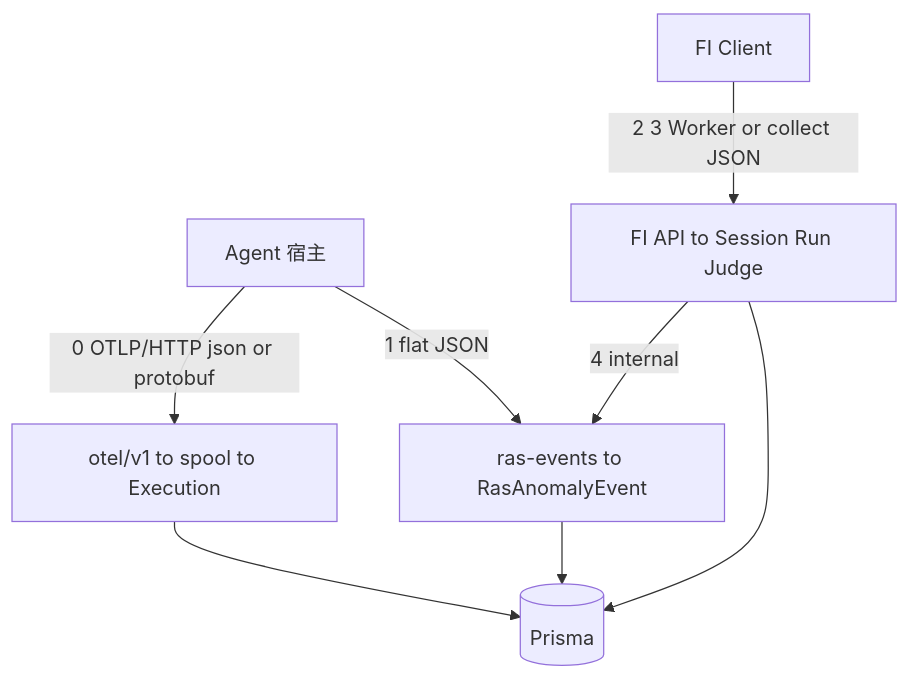
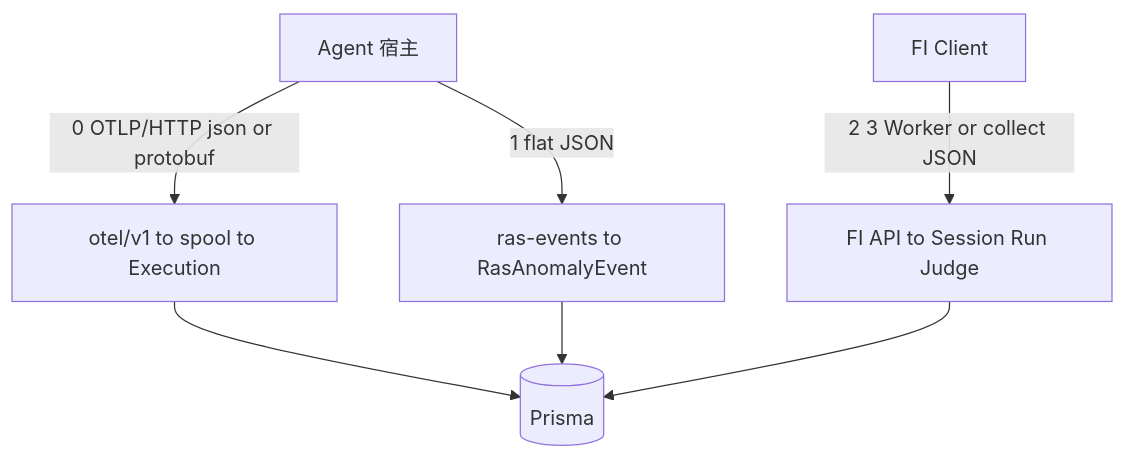
The sixth of 8 diagrams in docs/agent-fault-injection/designs/ras-fi-insight-relationship.md (openeuler-mirror/agent-insight), drawn with Mermaid before and after one commit. The commit also changed other lines of this file and 200 other files, not shown here.

````diff
--- a/docs/agent-fault-injection/designs/ras-fi-insight-relationship.md
+++ b/docs/agent-fault-injection/designs/ras-fi-insight-relationship.md
@@ -304,11 +304,10 @@
 ```mermaid
 flowchart TB
   Host["Agent 宿主"]
   Host -->|"0 OTLP/HTTP json or protobuf"| Otel["otel/v1 to spool to Execution"]
   Host -->|"1 flat JSON"| RasIn["ras-events to RasAnomalyEvent"]
   FIC["FI Client"] -->|"2 3 Worker or collect JSON"| FiApi["FI API to Session Run Judge"]
-  FiApi -->|"4 internal"| RasIn
   Otel --> DB[("Prisma")]
   RasIn --> DB
   FiApi --> DB
 ```
````
